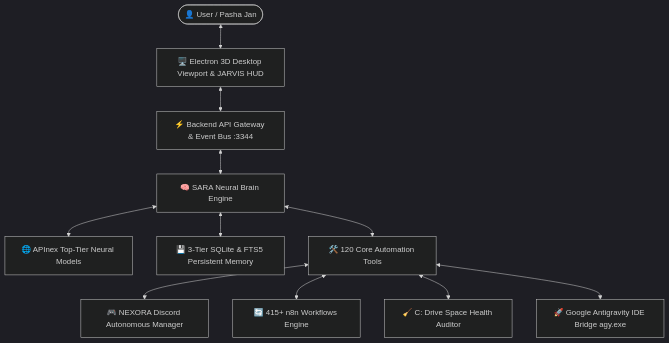
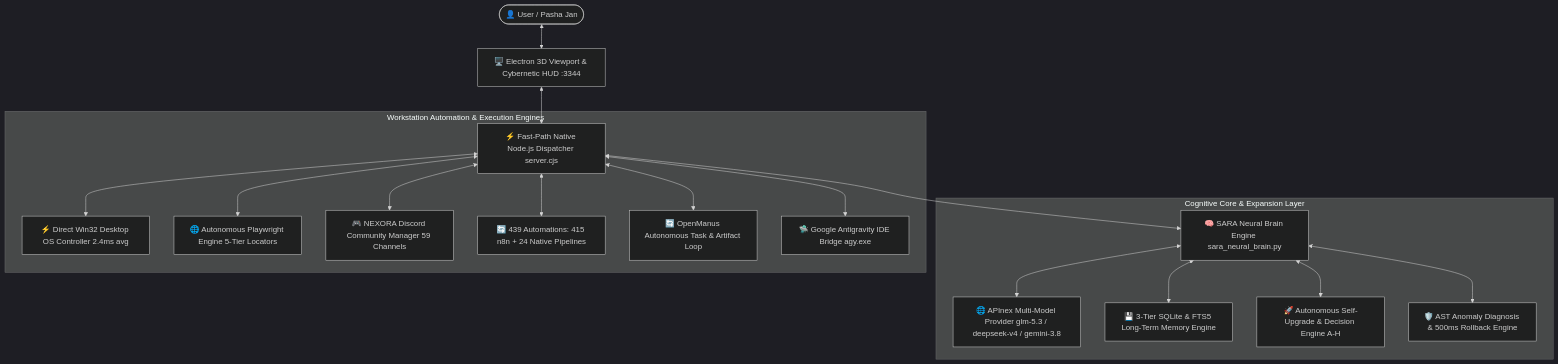
The first of 2 diagrams in README.md (pasha804/SARA-AI-2.5-Pro), drawn with Mermaid (dark theme) before and after one commit. The commit also changed other lines of this file, not shown here.

Commit message:
docs(readme): comprehensive SARA AI 3.0 Enterprise Pro masterclass documentation overhaul

````diff
--- a/README.md
+++ b/README.md
@@ -26,13 +32,22 @@
 ```mermaid
 graph TD
-    User([👤 User / Pasha Jan]) <--> UI[🖥️ Electron 3D Desktop Viewport & JARVIS HUD]
-    UI <--> Router[⚡ Backend API Gateway & Event Bus :3344]
-    Router <--> Brain[🧠 SARA Neural Brain Engine]
-    Brain <--> APInex[🌐 APInex Top-Tier Neural Models]
-    Brain <--> Memory[💾 3-Tier SQLite & FTS5 Persistent Memory]
-    Brain <--> Tools[🛠️ 120 Core Automation Tools]
-    Tools <--> Discord[🎮 NEXORA Discord Autonomous Manager]
-    Tools <--> n8n[🔄 415+ n8n Workflows Engine]
-    Tools <--> Disk[🧹 C: Drive Space Health Auditor]
-    Tools <--> Antigravity[🚀 Google Antigravity IDE Bridge agy.exe]
+    User([👤 User / Pasha Jan]) <--> UI[🖥️ Electron 3D Viewport & Cybernetic HUD :3344]
+    UI <--> Router[⚡ Fast-Path Native Node.js Dispatcher server.cjs]
+    Router <--> Brain[🧠 SARA Neural Brain Engine sara_neural_brain.py]
+    
+    subgraph COGNITIVE_CORE ["Cognitive Core & Expansion Layer"]
+        Brain <--> APInex[🌐 APInex Multi-Model Provider glm-5.3 / deepseek-v4 / gemini-3.8]
+        Brain <--> Memory[💾 3-Tier SQLite & FTS5 Long-Term Memory Engine]
+        Brain <--> SelfUpgrade[🚀 Autonomous Self-Upgrade & Decision Engine A-H]
+        Brain <--> SelfHealing[🛡️ AST Anomaly Diagnosis & 500ms Rollback Engine]
+    end
+
+    subgraph WORKSPACE_EXECUTION ["Workstation Automation & Execution Engines"]
+        Router <--> NativeOS[⚡ Direct Win32 Desktop OS Controller 2.4ms avg]
+        Router <--> BrowserEngine[🌐 Autonomous Playwright Engine 5-Tier Locators]
+        Router <--> DiscordMgr[🎮 NEXORA Discord Community Manager 59 Channels]
+        Router <--> AutomationSuite[🔄 439 Automations: 415 n8n + 24 Native Pipelines]
+        Router <--> ManusLoop[🔄 OpenManus Autonomous Task & Artifact Loop]
+        Router <--> AntigravityBridge[🛸 Google Antigravity IDE Bridge agy.exe]
+    end
 ```
````
